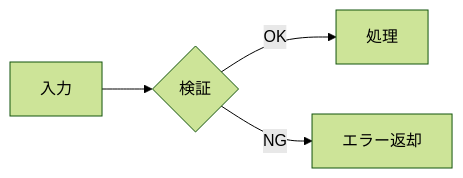
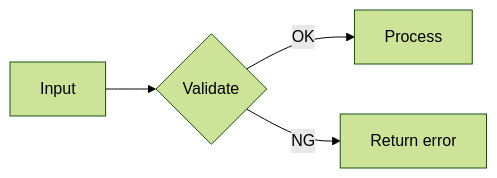
The diagram in docs/documentation-guideline.md (shouni/public-docs), drawn with Mermaid (forest theme) before and after one commit. The commit also changed other lines of this file and 9 other files, not shown here.

````diff
--- a/docs/documentation-guideline.md
+++ b/docs/documentation-guideline.md
@@ -62,6 +63,6 @@
 ```mermaid
 flowchart LR
-    A[入力] --> B{検証}
-    B -->|OK| C[処理]
-    B -->|NG| D[エラー返却]
+    A[Input] --> B{Validate}
+    B -->|OK| C[Process]
+    B -->|NG| D[Return error]
 ```
````
